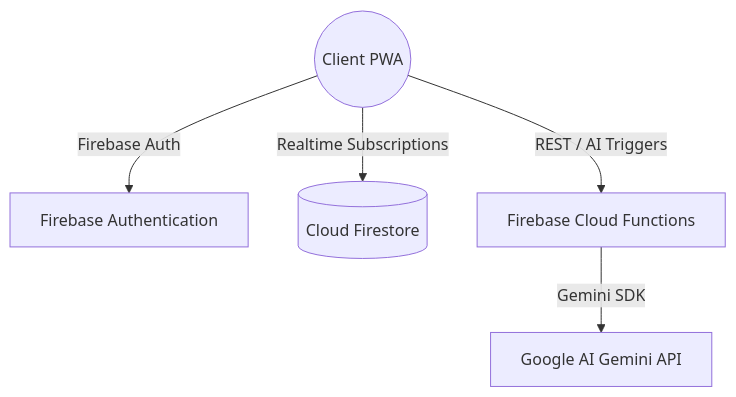
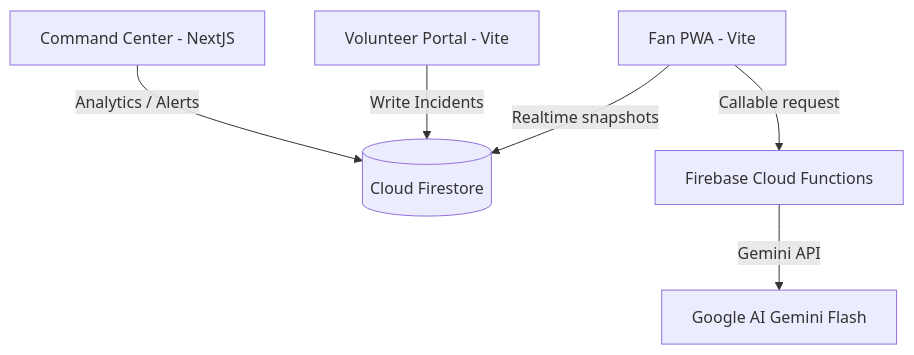
Before and after one commit to Sharon-Sam14/StadiumIQ: the first of 2 diagrams in Architecture.md, drawn with Mermaid. The commit also changed other lines of this file and 5 other files, not shown here.

Commit message:
docs: add updated PRD, Architecture, Rules, Phases, Design, and Memory manuals

````diff
--- a/Architecture.md
+++ b/Architecture.md
@@ -11,7 +6,9 @@
 ```mermaid
 graph TD
-  User((Client PWA)) -->|Firebase Auth| Auth[Firebase Authentication]
-  User -->|Realtime Subscriptions| Firestore[(Cloud Firestore)]
-  User -->|REST / AI Triggers| Functions[Firebase Cloud Functions]
-  Functions -->|Gemini SDK| Gemini[Google AI Gemini API]
+  FanClient[Fan PWA - Vite] -->|Realtime snapshots| Firestore[(Cloud Firestore)]
+  VolunteerClient[Volunteer Portal - Vite] -->|Write Incidents| Firestore
+  ManagerClient[Command Center - NextJS] -->|Analytics / Alerts| Firestore
+
+  FanClient -->|Callable request| CloudFunc[Firebase Cloud Functions]
+  CloudFunc -->|Gemini API| Gemini[Google AI Gemini Flash]
 ```
````
